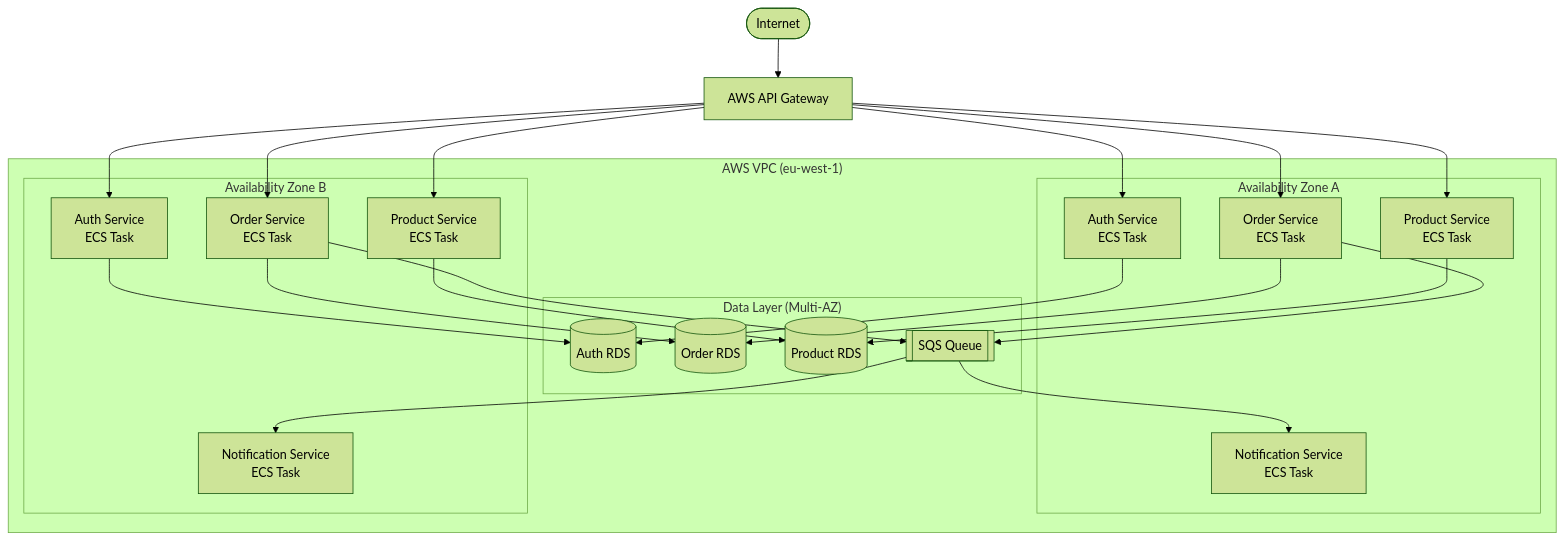
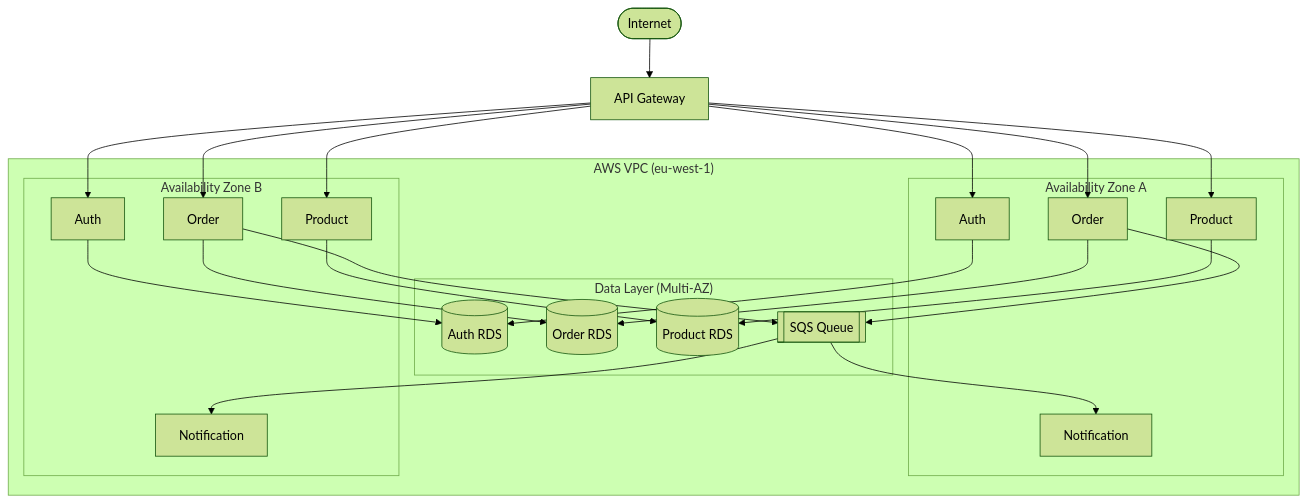
The diagram in markdown/07_Deployment_View.md (adamdaw/daedalus), drawn with Mermaid (forest theme) before and after one commit. The commit also changed other lines of this file and 3 other files, not shown here.

First line of the commit message:
fix: resolve PDF layout issues — widow headings, diagram clipping, text overflow

````diff
--- a/markdown/07_Deployment_View.md
+++ b/markdown/07_Deployment_View.md
@@ -9,36 +9,36 @@
 ```mermaid
 flowchart TD
-    Internet([Internet]) --> APIGW[AWS API Gateway]
+    Internet([Internet]) --> APIGW[API Gateway]
 
     subgraph VPC["AWS VPC (eu-west-1)"]
         subgraph AZ1["Availability Zone A"]
-            AuthA[Auth Service\nECS Task]
-            OrderA[Order Service\nECS Task]
-            ProductA[Product Service\nECS Task]
-            NotifA[Notification Service\nECS Task]
+            AuthA[Auth]
+            OrderA[Order]
+            ProductA[Product]
+            NotifA[Notification]
         end
 
         subgraph AZ2["Availability Zone B"]
-            AuthB[Auth Service\nECS Task]
-            OrderB[Order Service\nECS Task]
-            ProductB[Product Service\nECS Task]
-            NotifB[Notification Service\nECS Task]
+            AuthB[Auth]
+            OrderB[Order]
+            ProductB[Product]
+            NotifB[Notification]
         end
 
         subgraph Data["Data Layer (Multi-AZ)"]
             AuthDB[(Auth RDS)]
             OrderDB[(Order RDS)]
             ProductDB[(Product RDS)]
             SQS[[SQS Queue]]
         end
     end
 
     APIGW --> AuthA & AuthB
     APIGW --> OrderA & OrderB
     APIGW --> ProductA & ProductB
     OrderA & OrderB --> SQS
     SQS --> NotifA & NotifB
     AuthA & AuthB --> AuthDB
     OrderA & OrderB --> OrderDB
     ProductA & ProductB --> ProductDB
 ```
````
